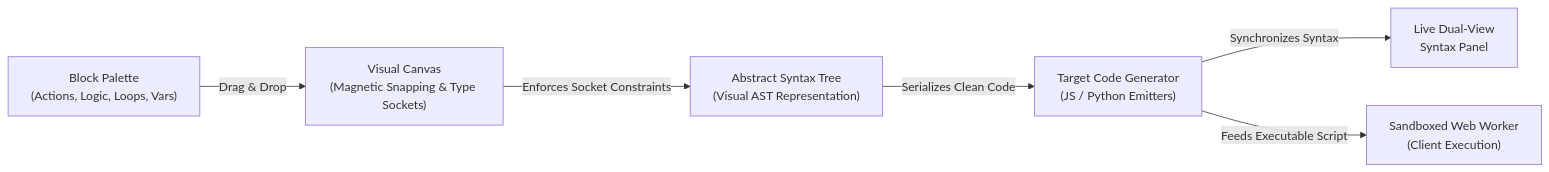
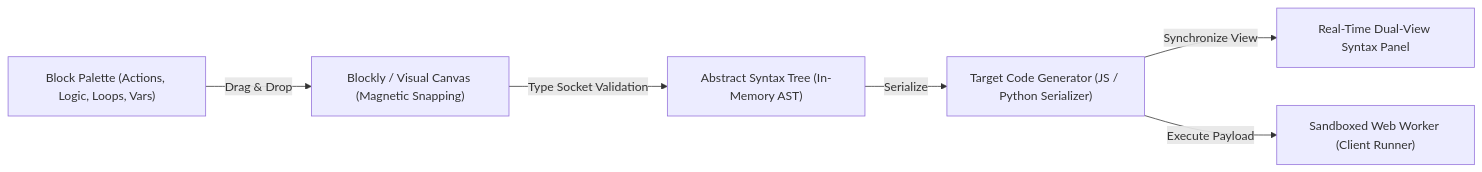
One commit to tanushreesrivastavs125-code/CodeVerse changed the sixth of 13 diagrams in docs/HLD.md. Above: the diagram before and after it, drawn with Mermaid. The commit also changed other lines of this file, not shown here.

````diff
--- a/docs/HLD.md
+++ b/docs/HLD.md
@@ -461,15 +1000,15 @@
 ```mermaid
 flowchart LR
-    Palette["Block Palette\n(Actions, Logic, Loops, Vars)"]
-    Canvas["Visual Canvas\n(Magnetic Snapping & Type Sockets)"]
-    AST["Abstract Syntax Tree\n(Visual AST Representation)"]
-    CodeGen["Target Code Generator\n(JS / Python Emitters)"]
-    Preview["Live Dual-View\nSyntax Panel"]
-    Sandbox["Sandboxed Web Worker\n(Client Execution)"]
+    Palette["Block Palette (Actions, Logic, Loops, Vars)"]
+    Canvas["Blockly / Visual Canvas (Magnetic Snapping)"]
+    AST["Abstract Syntax Tree (In-Memory AST)"]
+    CodeGen["Target Code Generator (JS / Python Serializer)"]
+    Preview["Real-Time Dual-View Syntax Panel"]
+    Worker["Sandboxed Web Worker (Client Runner)"]
 
     Palette -->|Drag & Drop| Canvas
-    Canvas -->|Enforces Socket Constraints| AST
-    AST -->|Serializes Clean Code| CodeGen
-    CodeGen -->|Synchronizes Syntax| Preview
-    CodeGen -->|Feeds Executable Script| Sandbox
+    Canvas -->|Type Socket Validation| AST
+    AST -->|Serialize| CodeGen
+    CodeGen -->|Synchronize View| Preview
+    CodeGen -->|Execute Payload| Worker
 ```
````
